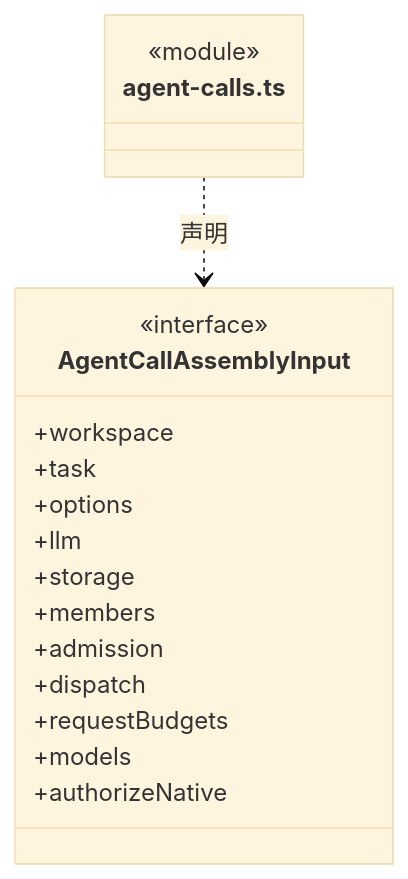
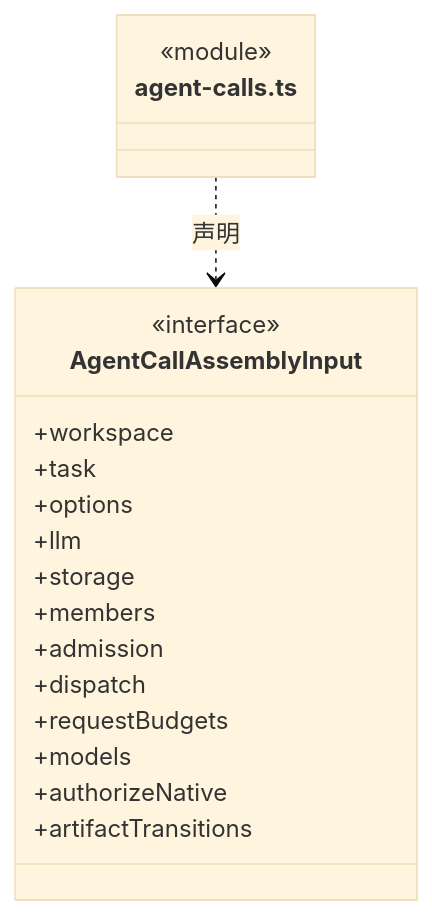
Before and after one commit to nan023062/cbim: the third of 10 diagrams in src/logic/application/assembly/ARCHITECTURE.md, drawn with Mermaid (base theme). The commit also changed other lines of this file and 10 other files, not shown here.

First line of the commit message:
fix(agent): wire controlled artifact transitions into recursive business calls

````diff
--- a/src/logic/application/assembly/ARCHITECTURE.md
+++ b/src/logic/application/assembly/ARCHITECTURE.md
@@ -44,21 +44,22 @@
 ```mermaid
 classDiagram
 class N_src_logic_application_assembly_agent_calls_ts["agent-calls.ts"] {
   <<module>>
 }
 class N_src_logic_application_assembly_agent_calls_ts_AgentCallAssemblyInput["AgentCallAssemblyInput"] {
   <<interface>>
   +workspace
   +task
   +options
   +llm
   +storage
   +members
   +admission
   +dispatch
   +requestBudgets
   +models
   +authorizeNative
+  +artifactTransitions
 }
 N_src_logic_application_assembly_agent_calls_ts ..> N_src_logic_application_assembly_agent_calls_ts_AgentCallAssemblyInput : 声明
 ```
````
